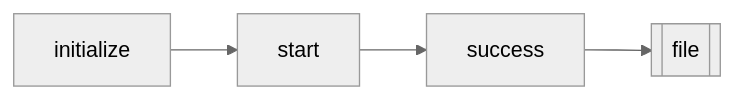
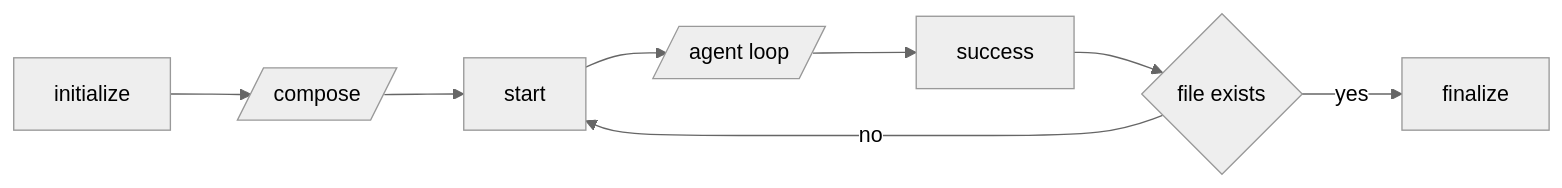
Before and after one commit to yankeeinlondon/rusty-biscuit: the second of 3 diagrams in claudine/docs/topics/flow-control/flow-control.md, drawn with Mermaid (neutral theme). The commit also changed other lines of this file and 1 other file, not shown here.

````diff
--- a/claudine/docs/topics/flow-control/flow-control.md
+++ b/claudine/docs/topics/flow-control/flow-control.md
@@ -73,6 +75,9 @@
 ```mermaid
 flowchart LR
-    initialize --> start --> success 
-    
-    success --> file_exists[[file]]
+    compose[/compose/]
+    agent[/agent loop/]
+    initialize --> compose --> start --> agent --> success --> file
+    file@{ shape: diamond, label: "file exists" }
+    file --> |yes| finalize
+    file --> |no| start
 ```
````
